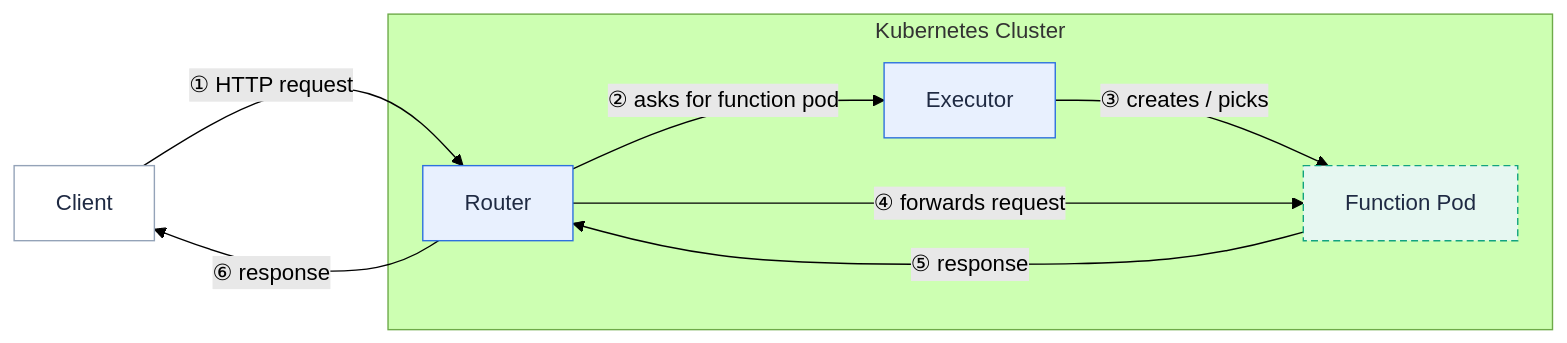
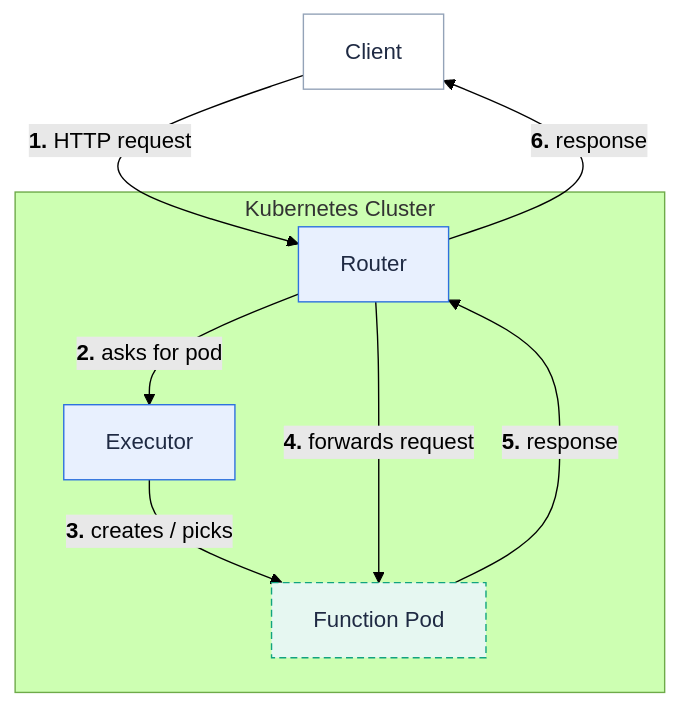
Before and after one commit to fission/fission.io: the diagram in content/en/docs/trouble-shooting/_index.en.md, drawn with Mermaid (forest theme). The commit also changed 23 other files, not shown here.

First line of the commit message:
Make diagrams readable inline: compact TB layouts, bold crimson step numbers

````diff
--- a/content/en/docs/trouble-shooting/_index.en.md
+++ b/content/en/docs/trouble-shooting/_index.en.md
@@ -17,17 +17,17 @@
 ```mermaid
-flowchart LR
-  client["Client"]:::user -->|"① HTTP request"| router["Router"]
-  router -->|"② asks for function pod"| executor["Executor"]
-  executor -->|"③ creates / picks"| fnPod["Function Pod"]
-  router -->|"④ forwards request"| fnPod
-  fnPod -->|"⑤ response"| router
-  router -->|"⑥ response"| client
+flowchart TB
+  client["Client"]:::user -->|"<b>1.</b> HTTP request"| router["Router"]
+  router -->|"<b>2.</b> asks for pod"| executor["Executor"]
+  executor -->|"<b>3.</b> creates / picks"| fnPod["Function Pod"]
+  router -->|"<b>4.</b> forwards request"| fnPod
+  fnPod -->|"<b>5.</b> response"| router
+  router -->|"<b>6.</b> response"| client
   subgraph k8s["Kubernetes Cluster"]
     router:::fission
     executor:::fission
     fnPod:::pod
   end
   classDef user fill:#ffffff,stroke:#94a3b8,color:#1f2a43
   classDef fission fill:#e8f0fe,stroke:#2d70de,color:#1f2a43
   classDef pod fill:#e6f7f1,stroke:#11a37f,color:#1f2a43,stroke-dasharray:5 3
 ```
````
